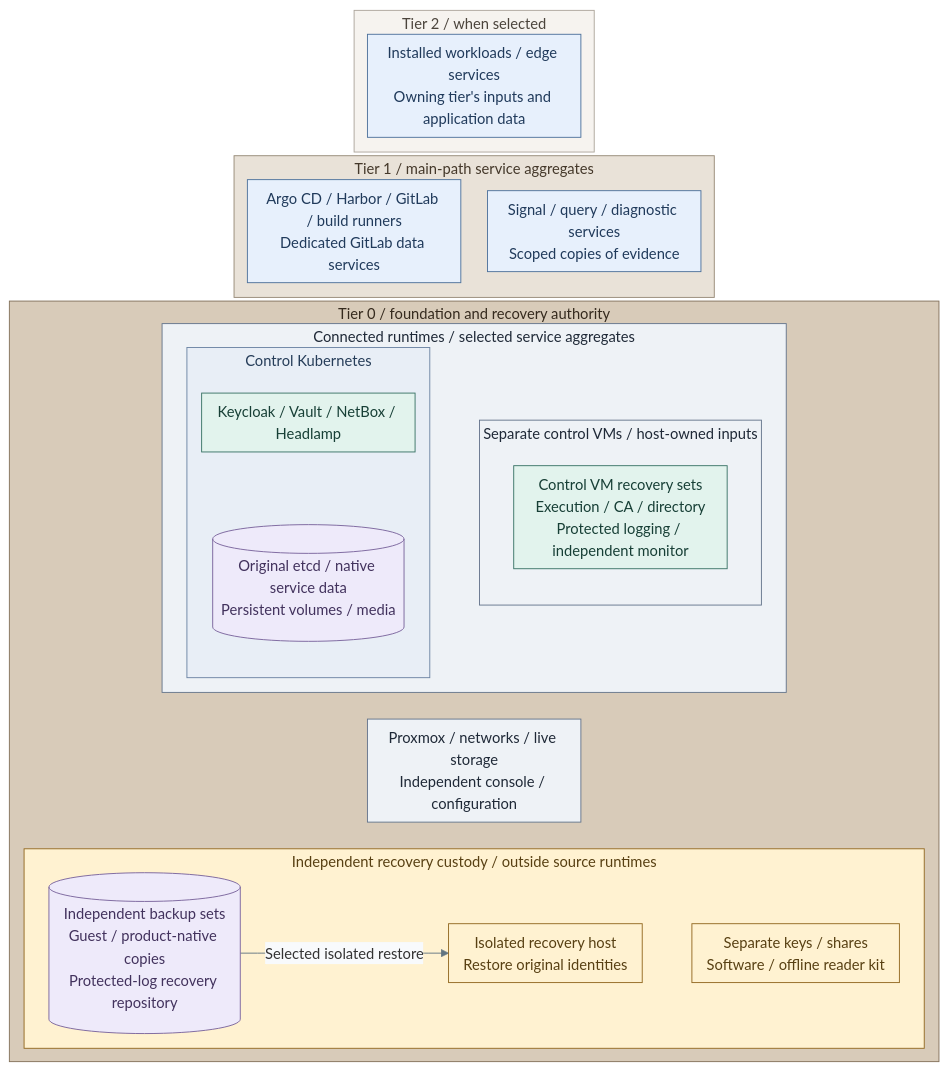
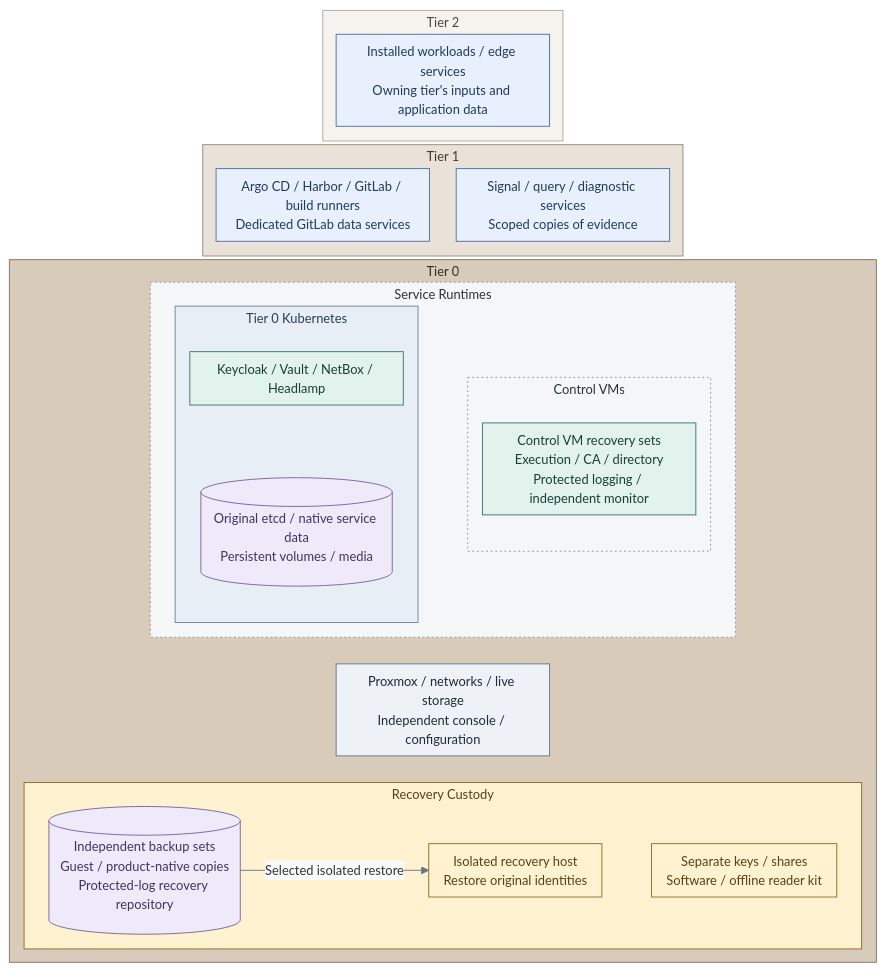
The diagram in docs/05-operations/06-resilience/README.md (Rexus/homelab), drawn with Mermaid before and after one commit. The commit also changed 124 other files, not shown here.

First line of the commit message:
fix(platform): align service diagrams and directory failover

````diff
--- a/docs/05-operations/06-resilience/README.md
+++ b/docs/05-operations/06-resilience/README.md
@@ -11,61 +11,63 @@
 ```mermaid
-%%{init: {"theme":"base","flowchart":{"nodeSpacing":12,"rankSpacing":4,"padding":8,"subGraphTitleMargin":{"top":2,"bottom":8}},"themeVariables":{"lineColor":"#627581","edgeLabelBackground":"#f8fafc"}}}%%
+%%{init: {"theme":"base","flowchart":{"nodeSpacing":12,"rankSpacing":4,"padding":8,"subGraphTitleMargin":{"top":2,"bottom":8}},"themeVariables":{"lineColor":"#627581","edgeLabelBackground":"#f8fafc","fontFamily":"Arial, sans-serif","fontSize":"14px"},"fontFamily":"Arial, sans-serif"}}%%
 flowchart TB
-  subgraph T2["Tier 2 / when selected"]
+  subgraph T2["Tier 2"]
     Workloads["Installed workloads / edge services<br/>Owning tier's inputs and application data"]
   end
-  subgraph T1["Tier 1 / main-path service aggregates"]
+  subgraph T1["Tier 1"]
     direction LR
     Delivery["Argo CD / Harbor / GitLab / build runners<br/>Dedicated GitLab data services"]
     Observability["Signal / query / diagnostic services<br/>Scoped copies of evidence"]
     Delivery ~~~ Observability
   end
-  subgraph T0["Tier 0 / foundation and recovery authority"]
+  subgraph T0["Tier 0"]
     direction TB
-    subgraph Connected["Connected runtimes / selected service aggregates"]
+    subgraph Connected["Service Runtimes"]
       direction LR
-      subgraph Cluster["Control Kubernetes"]
+      subgraph Cluster["Tier 0 Kubernetes"]
         direction TB
         Apps["Keycloak / Vault / NetBox / Headlamp"]
         Data[("Original etcd / native service data<br/>Persistent volumes / media")]
         Apps ~~~ Data
       end
-      subgraph VMs["Separate control VMs / host-owned inputs"]
+      subgraph VMs["Control VMs"]
         direction TB
         ControlSets["Control VM recovery sets<br/>Execution / CA / directory<br/>Protected logging / independent monitor"]
       end
       Cluster ~~~ VMs
     end
     Foundation["Proxmox / networks / live storage<br/>Independent console / configuration"]
-    subgraph Recovery["Independent recovery custody / outside source runtimes"]
+    subgraph Recovery["Recovery Custody"]
       direction LR
       Copies[("Independent backup sets<br/>Guest / product-native copies<br/>Protected-log recovery repository")]
       Host["Isolated recovery host<br/>Restore original identities"]
       Keys["Separate keys / shares<br/>Software / offline reader kit"]
       Copies -->|Selected isolated restore| Host
       Host ~~~ Keys
     end
     Connected ~~~ Foundation ~~~ Recovery
   end
   T2 ~~~ T1 ~~~ T0
   classDef default fill:#f8fafc,stroke:#64748b,color:#1f2937
   classDef services fill:#e7f0fc,stroke:#4d719b,color:#203a5b
   classDef control fill:#e2f3ed,stroke:#397366,color:#173f36
   classDef runtime fill:#d9eeec,stroke:#4d7b77,color:#173f3e
   classDef boundary fill:#eef2f6,stroke:#64748b,color:#1f2937
   classDef custody fill:#fff2d1,stroke:#926820,color:#584013
   classDef data fill:#eeeafa,stroke:#78639b,color:#42325d
   class Workloads,Delivery,Observability services
   class Apps,ControlSets control
-  class Connected,VMs,Foundation boundary
+  class Foundation boundary
   class Recovery,Host,Keys custody
   class Data,Copies data
   classDef kubernetes fill:#e8eef6,stroke:#6b83a3,color:#263d59
   class Cluster kubernetes
   classDef tier0 fill:#d8cbb9,stroke:#83715a,color:#352a1e
   class T0 tier0
   classDef tier1 fill:#e9e2d8,stroke:#968976,color:#44382a
   class T1 tier1
   classDef tier2 fill:#f6f3ef,stroke:#aca59b,color:#4b443c
   class T2 tier2
+  classDef group fill:#f5f6f7,stroke:#89939e,color:#273340,stroke-dasharray:2 3
+  class Connected,VMs group
 ```
````
